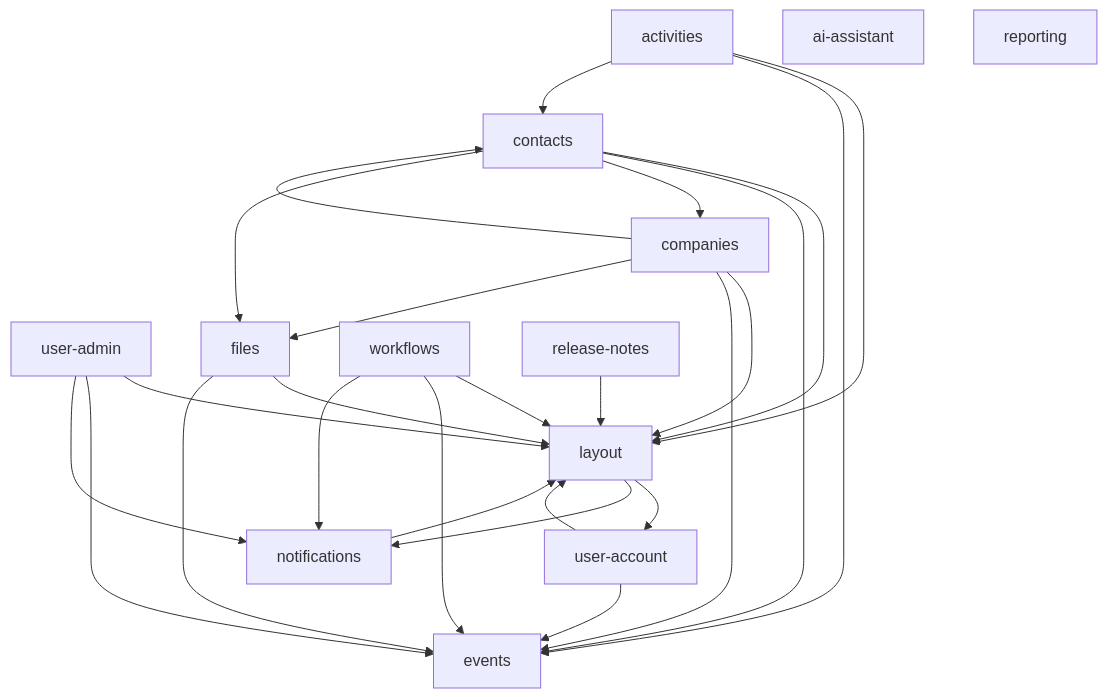
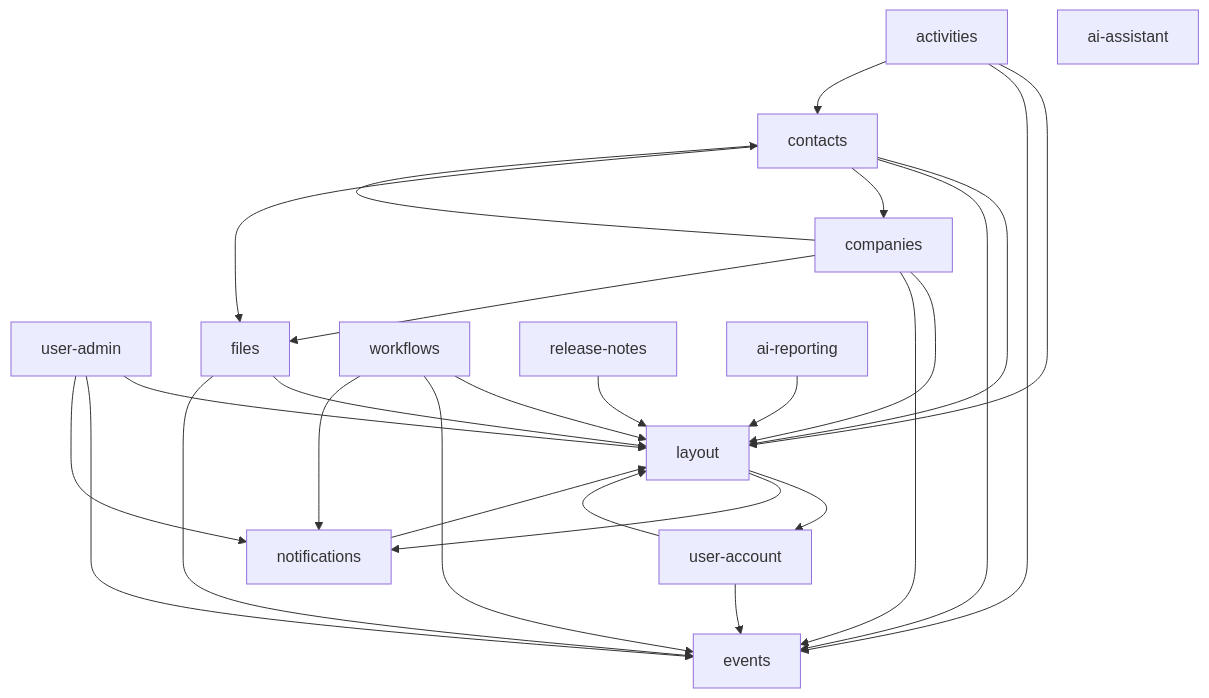
The diagram in docs/index.md (lowdefy/modules-mongodb), drawn with Mermaid before and after one commit. The commit also changed other lines of this file and 372 other files, not shown here.

````diff
--- a/docs/index.md
+++ b/docs/index.md
@@ -35,31 +35,31 @@
 ```mermaid
 graph TD
   layout --> user-account
   layout --> notifications
   user-account --> layout
   user-account --> events
   user-admin --> layout
   user-admin --> events
   user-admin --> notifications
   notifications --> layout
   contacts --> layout
   contacts --> events
   contacts --> companies
   contacts --> files
   companies --> layout
   companies --> events
   companies --> contacts
   companies --> files
   files --> layout
   files --> events
   activities --> layout
   activities --> events
   activities --> contacts
   ai-assistant
   workflows --> layout
   workflows --> events
   workflows --> notifications
   release-notes --> layout
   events
-  reporting
+  ai-reporting --> layout
 ```
````
